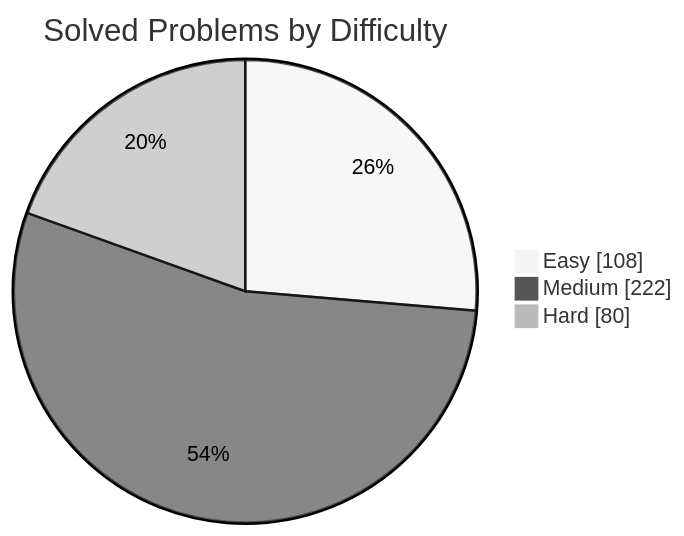
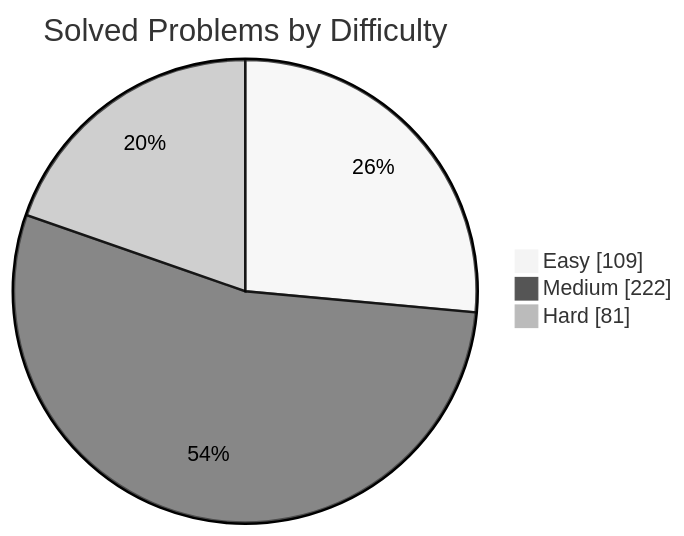
The first of 2 diagrams in README.md (manikantbindass/DSA-Preparation-FAANG), drawn with Mermaid (neutral theme) before and after one commit. The commit also changed other lines of this file and 1 other file, not shown here.

````diff
--- a/README.md
+++ b/README.md
@@ -77,7 +77,7 @@
 ```mermaid
 pie showData
     title Solved Problems by Difficulty
-    "Easy" : 108
+    "Easy" : 109
     "Medium" : 222
-    "Hard" : 80
+    "Hard" : 81
 ```
````
